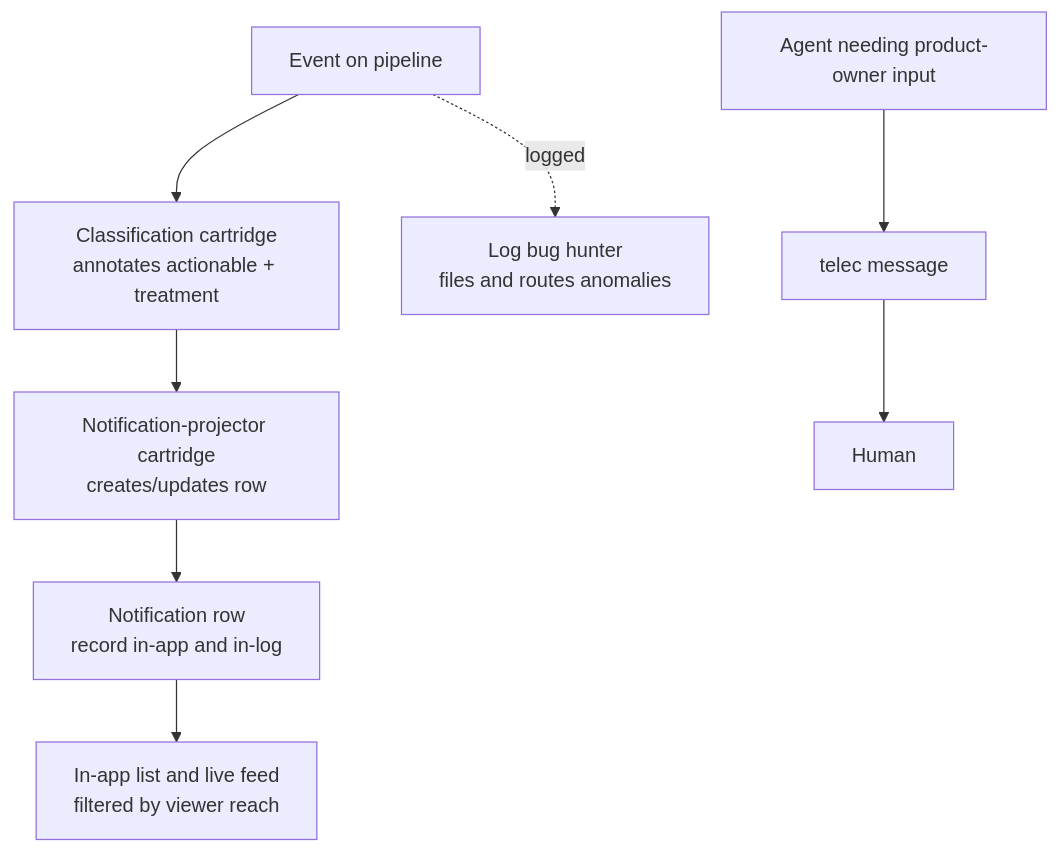
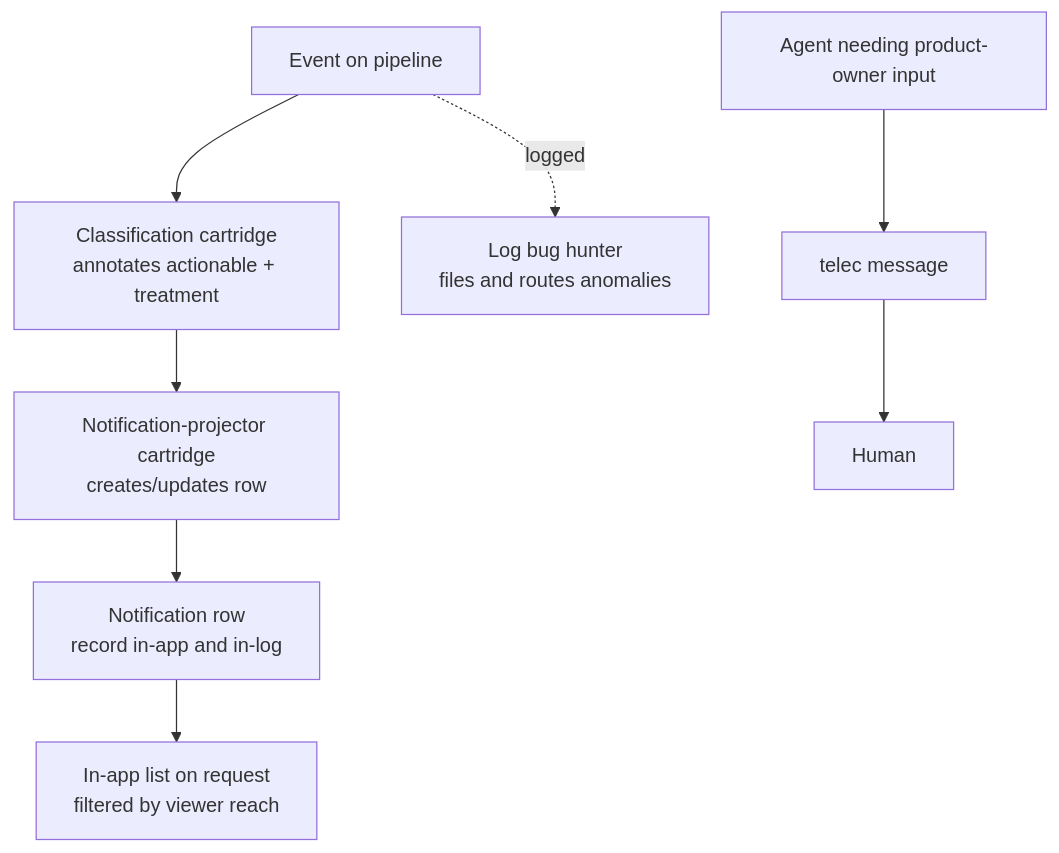
One commit to InstruktAI/TeleClaude changed the diagram in docs/local/design/architecture/notification-delivery.human-alerts-agent-only.md. Above: the diagram before and after it, drawn with Mermaid. The commit also changed other lines of this file and 1 other file, not shown here.

First line of the commit message:
docs(notifications): serve the in-app list on request instead of streaming it live

````diff
--- a/docs/local/design/architecture/notification-delivery.human-alerts-agent-only.md
+++ b/docs/local/design/architecture/notification-delivery.human-alerts-agent-only.md
@@ -80,9 +79,9 @@
 ```mermaid
 flowchart TD
     E[Event on pipeline] --> C[Classification cartridge<br/>annotates actionable + treatment]
     C --> P[Notification-projector cartridge<br/>creates/updates row]
     P --> R[Notification row<br/>record in-app and in-log]
-    R --> L[In-app list and live feed<br/>filtered by viewer reach]
+    R --> L[In-app list on request<br/>filtered by viewer reach]
     E -. logged .-> H[Log bug hunter<br/>files and routes anomalies]
     A[Agent needing product-owner input] --> M[telec message] --> U[Human]
 ```
````
